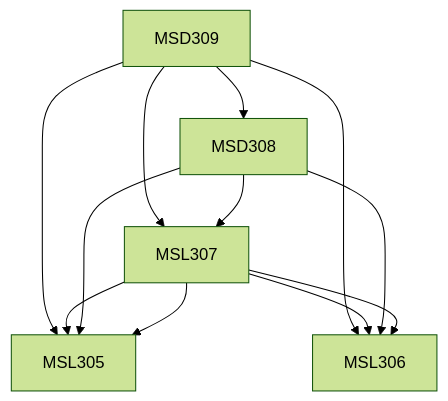
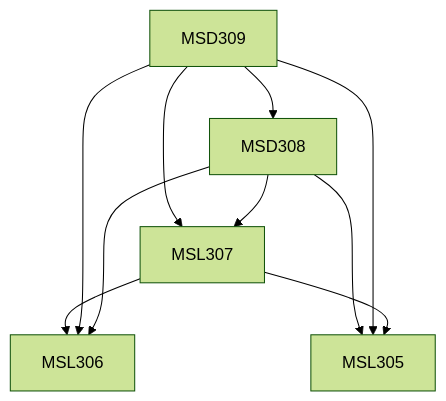
The diagram in content/Management Studies/MSD309.md (KeshavBansal0122/CoS_Website), drawn with Mermaid (forest theme) before and after one commit. The commit also changed other lines of this file and 2667 other files, not shown here.

````diff
--- a/content/Management Studies/MSD309.md
+++ b/content/Management Studies/MSD309.md
@@ -15,14 +13,16 @@
 ```mermaid
-graph TD
-MSD309 --> MSL305
-MSD309 --> MSL306
-MSD309 --> MSL307
-MSL307 --> MSL305
-MSL307 --> MSL306
-MSD309 --> MSD308
-MSD308 --> MSL305
-MSD308 --> MSL306
-MSD308 --> MSL307
-MSL307 --> MSL305
-MSL307 --> MSL306
+flowchart TD
+MSD309-509[MSD309]
+MSL307-509 --> MSL306-509[MSL306]
+MSD308-509 --> MSL305-509[MSL305]
+MSD309-509 --> MSL307-509[MSL307]
+MSD309-509 --> MSL305-509[MSL305]
+MSL307-509 --> MSL305-509[MSL305]
+MSD309-509 --> MSL306-509[MSL306]
+MSD308-509 --> MSL307-509[MSL307]
+MSD309-509 --> MSD308-509[MSD308]
+MSD308-509 --> MSL306-509[MSL306]
+
+classDef empty height:17px, fill:transparent, stroke:transparent;
+classDef trueEmpty height:0px, width:0px;
 ```
````
